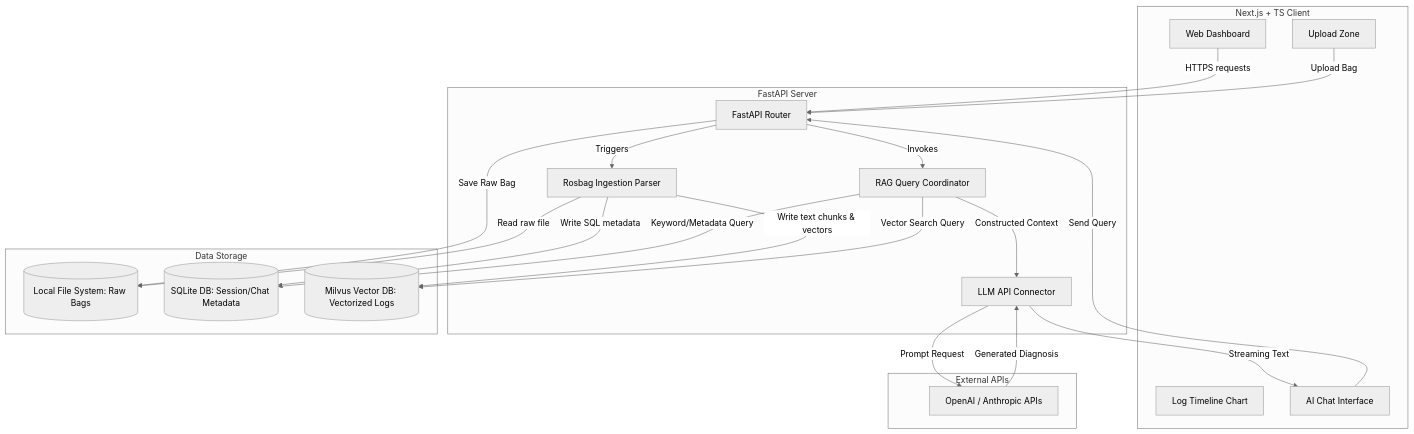
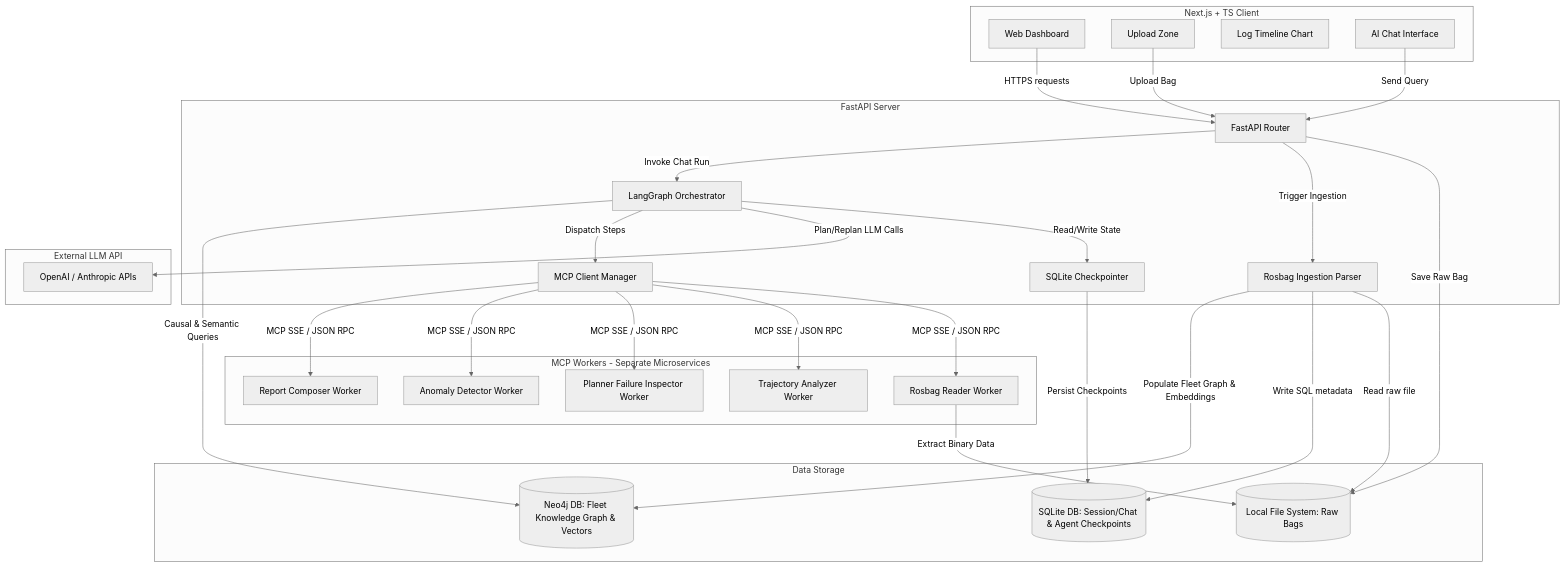
The first of 2 diagrams in docs/ARCHITECTURE.md (rahulkatiyar19955/datapilot), drawn with Mermaid (neutral theme) before and after one commit. The commit also changed other lines of this file and 2 other files, not shown here.

Commit message:
refactor: migrate backend architecture from RAG-based FastAPI to LangGraph orchestrator with MCP workers and Neo4j graph storage

````diff
--- a/docs/ARCHITECTURE.md
+++ b/docs/ARCHITECTURE.md
@@ -11,47 +11,69 @@
 ```mermaid
 graph TD
     %% User Interface
     subgraph Frontend [Next.js + TS Client]
         UI[Web Dashboard]
         UploadPanel[Upload Zone]
         Timeline[Log Timeline Chart]
         ChatBox[AI Chat Interface]
     end
 
     %% Backend Services
     subgraph Backend [FastAPI Server]
         API[FastAPI Router]
         Parser[Rosbag Ingestion Parser]
-        RAGEngine[RAG Query Coordinator]
-        LLMConnector[LLM API Connector]
+        LGO[LangGraph Orchestrator]
+        MCPClient[MCP Client Manager]
+        SQLiteCheck[SQLite Checkpointer]
+    end
+
+    %% Decoupled MCP Worker Services
+    subgraph MCPWorkers [MCP Workers - Separate Microservices]
+        RosbagReader[Rosbag Reader Worker]
+        TrajectoryAnalyzer[Trajectory Analyzer Worker]
+        PlannerFailureInspector[Planner Failure Inspector Worker]
+        AnomalyDetector[Anomaly Detector Worker]
+        ReportComposer[Report Composer Worker]
     end
 
     %% Storage & AI Engines
     subgraph Storage [Data Storage]
         FS[(Local File System: Raw Bags)]
-        SQLite[(SQLite DB: Session/Chat Metadata)]
-        Milvus[(Milvus Vector DB: Vectorized Logs)]
+        SQLite[(SQLite DB: Session/Chat & Agent Checkpoints)]
+        Neo4j[(Neo4j DB: Fleet Knowledge Graph & Vectors)]
     end
 
-    subgraph External [External APIs]
-        OpenAI[OpenAI / Anthropic APIs]
+    subgraph External [External LLM API]
+        LLM[OpenAI / Anthropic APIs]
     end
 
-    %% Interactions
+    %% Frontend to Backend Connections
     UI -->|HTTPS requests| API
     UploadPanel -->|Upload Bag| API
+    ChatBox -->|Send Query| API
+
+    %% Backend Core Connections
     API -->|Save Raw Bag| FS
-    API -->|Triggers| Parser
+    API -->|Trigger Ingestion| Parser
+    API -->|Invoke Chat Run| LGO
+    LGO -->|Read/Write State| SQLiteCheck
+    SQLiteCheck -->|Persist Checkpoints| SQLite
+
+    %% Ingestion to Storage
     Parser -->|Read raw file| FS
     Parser -->|Write SQL metadata| SQLite
-    Parser -->|Write text chunks & vectors| Milvus
-    
-    ChatBox -->|Send Query| API
-    API -->|Invokes| RAGEngine
-    RAGEngine -->|Keyword/Metadata Query| SQLite
-    RAGEngine -->|Vector Search Query| Milvus
-    RAGEngine -->|Constructed Context| LLMConnector
-    LLMConnector -->|Prompt Request| OpenAI
-    OpenAI -->|Generated Diagnosis| LLMConnector
-    LLMConnector -->|Streaming Text| ChatBox
+    Parser -->|Populate Fleet Graph & Embeddings| Neo4j
+
+    %% Orchestrator to Workers & LLMs
+    LGO -->|Plan/Replan LLM Calls| LLM
+    LGO -->|Dispatch Steps| MCPClient
+    MCPClient -->|MCP SSE / JSON RPC| RosbagReader
+    MCPClient -->|MCP SSE / JSON RPC| TrajectoryAnalyzer
+    MCPClient -->|MCP SSE / JSON RPC| PlannerFailureInspector
+    MCPClient -->|MCP SSE / JSON RPC| AnomalyDetector
+    MCPClient -->|MCP SSE / JSON RPC| ReportComposer
+
+    %% MCP Workers Reading from Disk/Storage
+    RosbagReader -->|Extract Binary Data| FS
+    LGO -->|Causal & Semantic Queries| Neo4j
 ```
````
